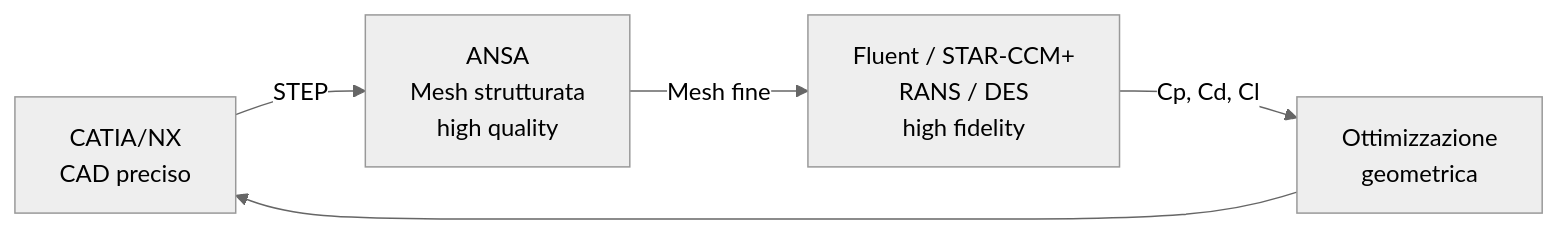
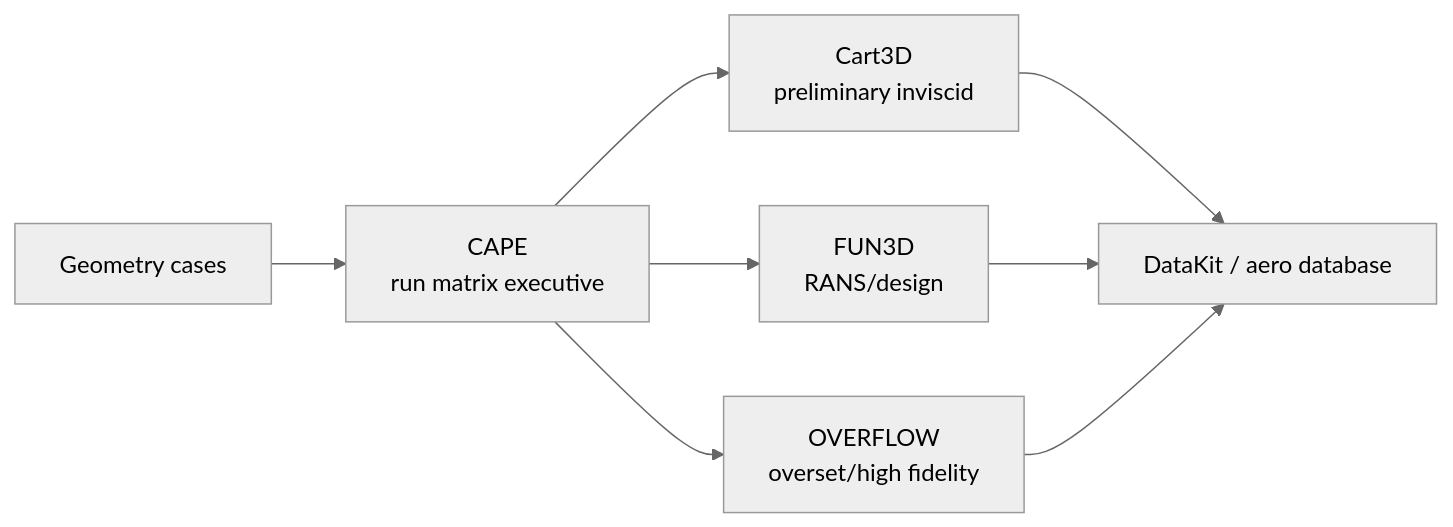
The sixth of 10 diagrams in airspeeder-aero-workflow/examples/industry_examples.md (293459/AeroWorkflow), drawn with Mermaid (neutral theme) before and after one commit. The commit also changed other lines of this file and 1 other file, not shown here.

````diff
--- a/airspeeder-aero-workflow/examples/industry_examples.md
+++ b/airspeeder-aero-workflow/examples/industry_examples.md
@@ -45,7 +155,10 @@
 ```mermaid
 flowchart LR
-    A[CATIA/NX\nCAD preciso] -->|STEP| B[ANSA\nMesh strutturata\nhigh quality]
-    B -->|Mesh fine| C[Fluent / STAR-CCM+\nRANS / DES\nhigh fidelity]
-    C -->|Cp, Cd, Cl| D[Ottimizzazione\ngeometrica]
-    D --> A
+    A[Geometry cases] --> B[CAPE\nrun matrix executive]
+    B --> C[Cart3D\npreliminary inviscid]
+    B --> D[FUN3D\nRANS/design]
+    B --> E[OVERFLOW\noverset/high fidelity]
+    C --> F[DataKit / aero database]
+    D --> F
+    E --> F
 ```
````
